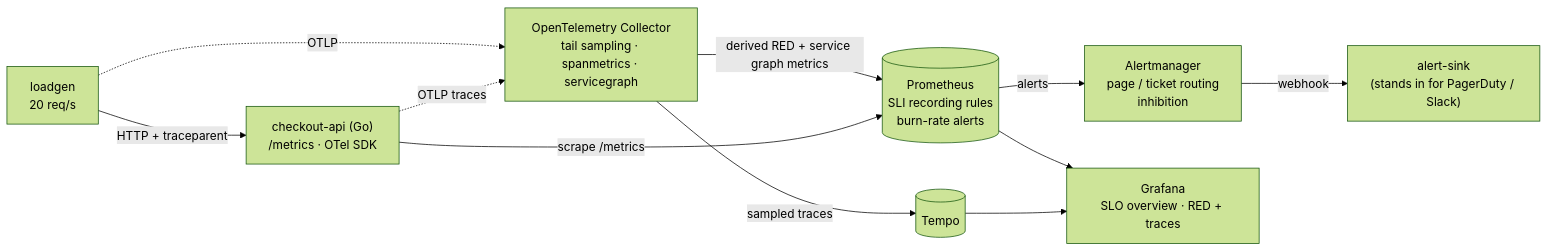
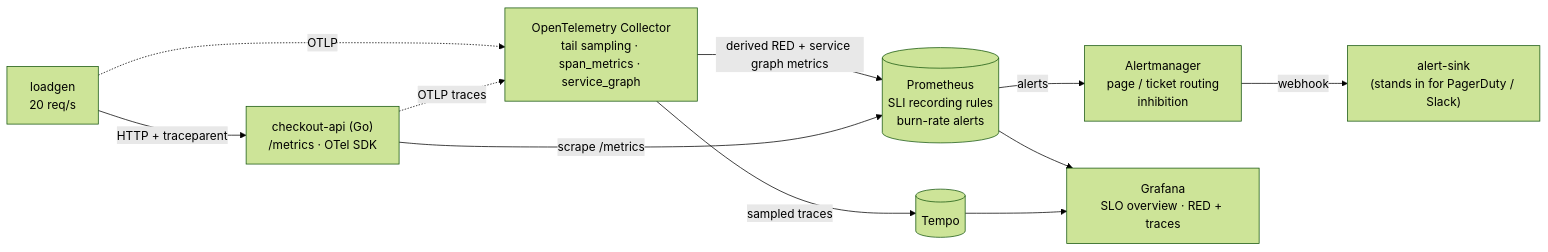
Before and after one commit to GauravAnand90/observability-platform: the diagram in README.md, drawn with Mermaid (forest theme). The commit also changed other lines of this file and 7 other files, not shown here.

````diff
--- a/README.md
+++ b/README.md
@@ -28,13 +28,13 @@
 ```mermaid
 flowchart LR
   LG["loadgen<br/>20 req/s"] -->|"HTTP + traceparent"| APP["checkout-api (Go)<br/>/metrics · OTel SDK"]
   LG -. OTLP .-> COL
-  APP -. "OTLP traces" .-> COL["OpenTelemetry Collector<br/>tail sampling · spanmetrics · servicegraph"]
+  APP -. "OTLP traces" .-> COL["OpenTelemetry Collector<br/>tail sampling · span_metrics · service_graph"]
   COL -->|"sampled traces"| TEMPO[("Tempo")]
   COL -->|"derived RED + service graph metrics"| PROM
   APP -->|"scrape /metrics"| PROM[("Prometheus<br/>SLI recording rules<br/>burn-rate alerts")]
   PROM -->|alerts| AM["Alertmanager<br/>page / ticket routing<br/>inhibition"]
   AM -->|webhook| SINK["alert-sink<br/>(stands in for PagerDuty / Slack)"]
   PROM --> GRAF["Grafana<br/>SLO overview · RED + traces"]
   TEMPO --> GRAF
 ```
````
